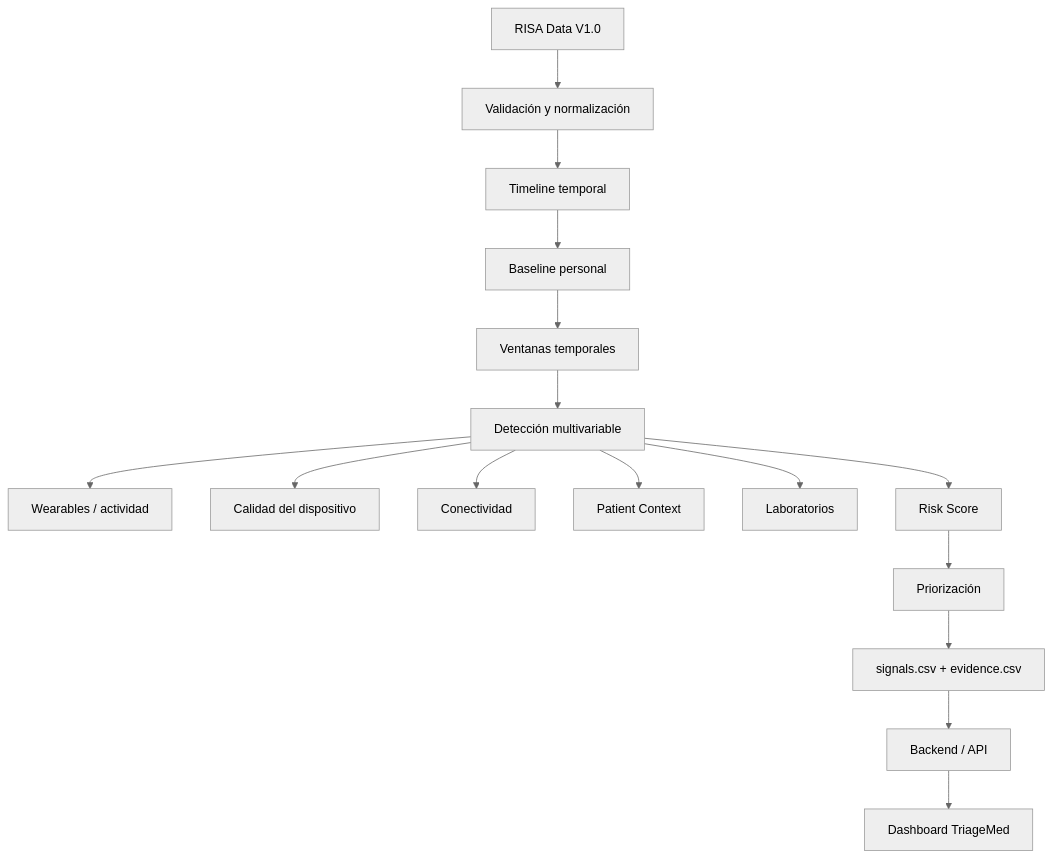
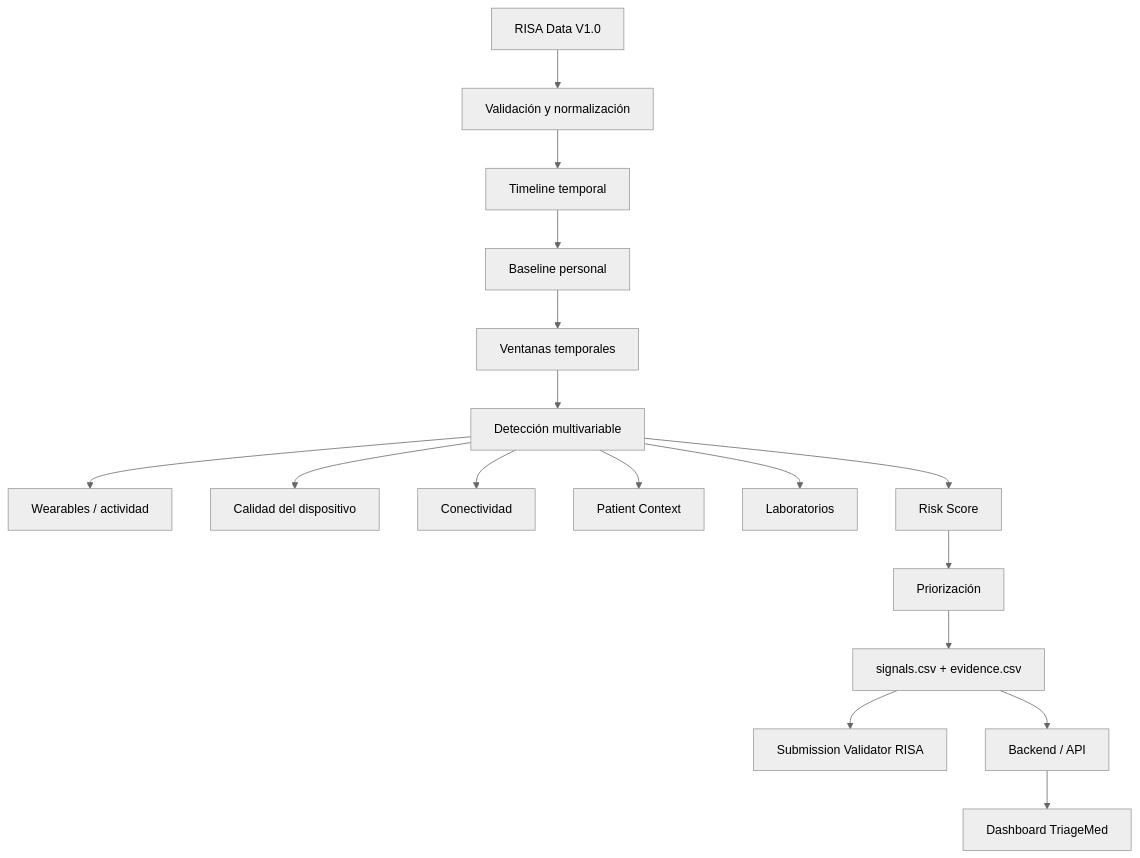
Before and after one commit to K3RNEL-Organization/Hackathon-Internacional: the diagram in README.md, drawn with Mermaid (neutral theme). The commit also changed other lines of this file, not shown here.

````diff
--- a/README.md
+++ b/README.md
@@ -30,20 +37,22 @@
 ```mermaid
 flowchart TD
     A[RISA Data V1.0] --> B[Validación y normalización]
     B --> C[Timeline temporal]
     C --> D[Baseline personal]
     D --> E[Ventanas temporales]
     E --> F[Detección multivariable]
 
     F --> F1[Wearables / actividad]
     F --> F2[Calidad del dispositivo]
     F --> F3[Conectividad]
     F --> F4[Patient Context]
     F --> F5[Laboratorios]
 
     F --> G[Risk Score]
     G --> H[Priorización]
     H --> I[signals.csv + evidence.csv]
+
+    I --> V[Submission Validator RISA]
     I --> J[Backend / API]
     J --> K[Dashboard TriageMed]
 ```
````
